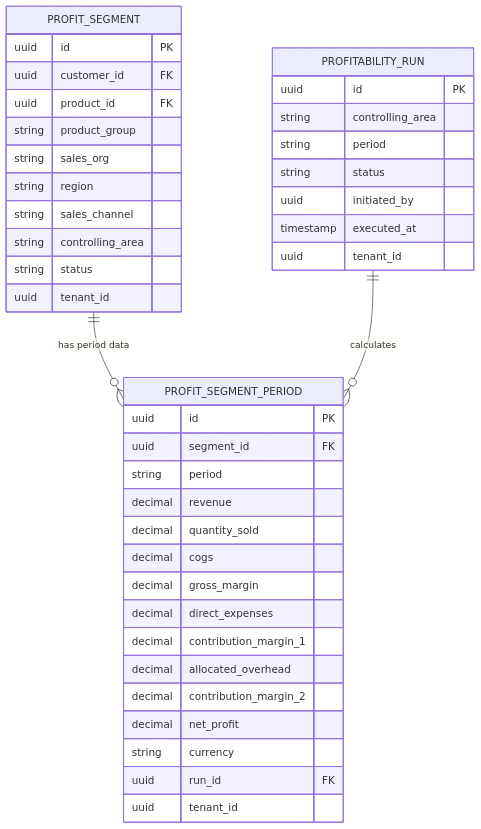
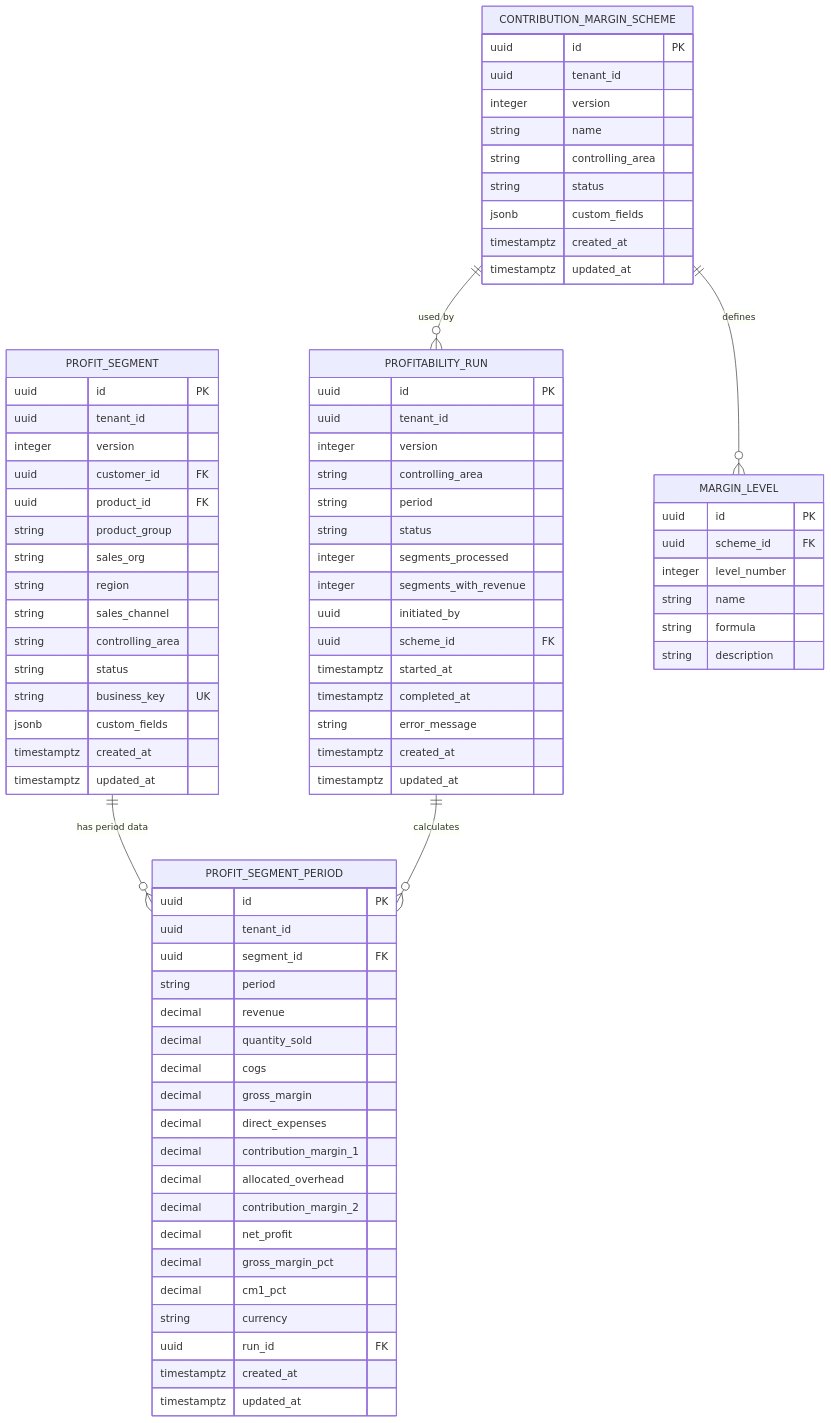
One commit to openleap-io/io.openleap.dev.spec changed the fifth of 5 diagrams in T3_Domains/CO/domain-specs/co_pa-spec.md. Above: the diagram before and after it, drawn with Mermaid. The commit also changed other lines of this file and 54 other files, not shown here.

````diff
--- a/T3_Domains/CO/domain-specs/co_pa-spec.md
+++ b/T3_Domains/CO/domain-specs/co_pa-spec.md
@@ -465,44 +1815,82 @@
 ```mermaid
 erDiagram
     PROFIT_SEGMENT ||--o{ PROFIT_SEGMENT_PERIOD : "has period data"
     PROFITABILITY_RUN ||--o{ PROFIT_SEGMENT_PERIOD : calculates
+    CONTRIBUTION_MARGIN_SCHEME ||--o{ MARGIN_LEVEL : defines
+    CONTRIBUTION_MARGIN_SCHEME ||--o{ PROFITABILITY_RUN : "used by"
 
     PROFIT_SEGMENT {
         uuid id PK
+        uuid tenant_id
+        integer version
         uuid customer_id FK
         uuid product_id FK
         string product_group
         string sales_org
         string region
         string sales_channel
         string controlling_area
         string status
-        uuid tenant_id
+        string business_key UK
+        jsonb custom_fields
+        timestamptz created_at
+        timestamptz updated_at
     }
     PROFIT_SEGMENT_PERIOD {
         uuid id PK
+        uuid tenant_id
         uuid segment_id FK
         string period
         decimal revenue
         decimal quantity_sold
         decimal cogs
         decimal gross_margin
         decimal direct_expenses
         decimal contribution_margin_1
         decimal allocated_overhead
         decimal contribution_margin_2
         decimal net_profit
+        decimal gross_margin_pct
+        decimal cm1_pct
         string currency
         uuid run_id FK
-        uuid tenant_id
+        timestamptz created_at
+        timestamptz updated_at
     }
     PROFITABILITY_RUN {
         uuid id PK
+        uuid tenant_id
+        integer version
         string controlling_area
         string period
         string status
+        integer segments_processed
+        integer segments_with_revenue
         uuid initiated_by
-        timestamp executed_at
+        uuid scheme_id FK
+        timestamptz started_at
+        timestamptz completed_at
+        string error_message
+        timestamptz created_at
+        timestamptz updated_at
+    }
+    CONTRIBUTION_MARGIN_SCHEME {
+        uuid id PK
         uuid tenant_id
+        integer version
+        string name
+        string controlling_area
+        string status
+        jsonb custom_fields
+        timestamptz created_at
+        timestamptz updated_at
+    }
+    MARGIN_LEVEL {
+        uuid id PK
+        uuid scheme_id FK
+        integer level_number
+        string name
+        string formula
+        string description
     }
 ```
````
